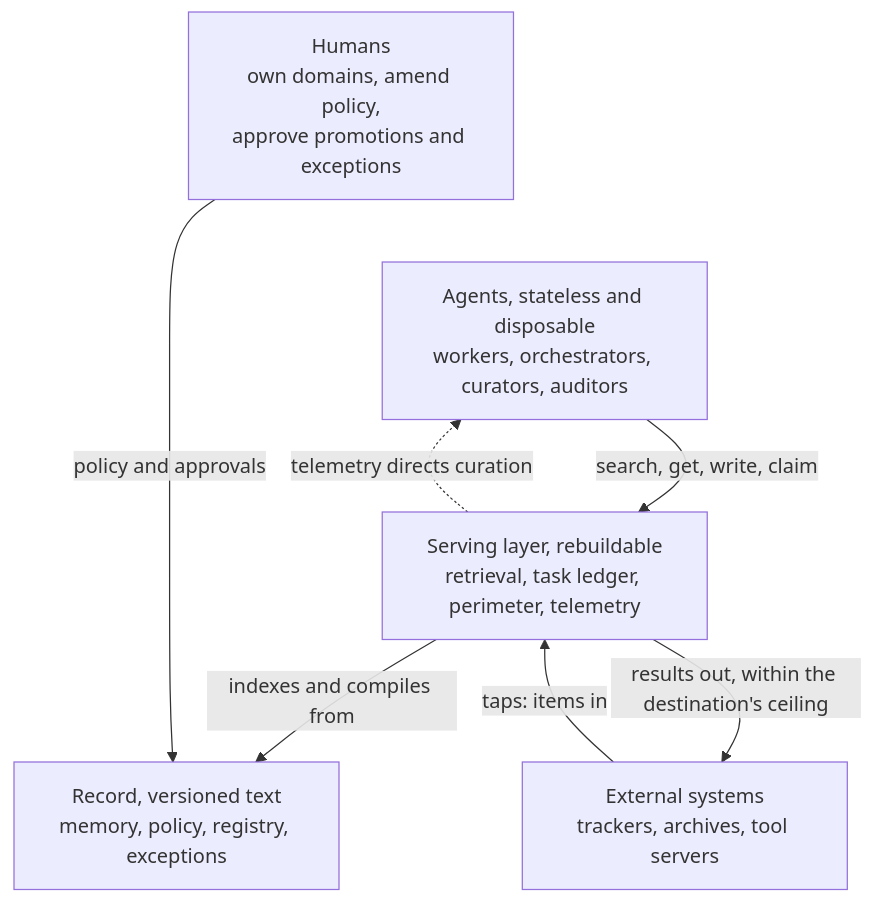
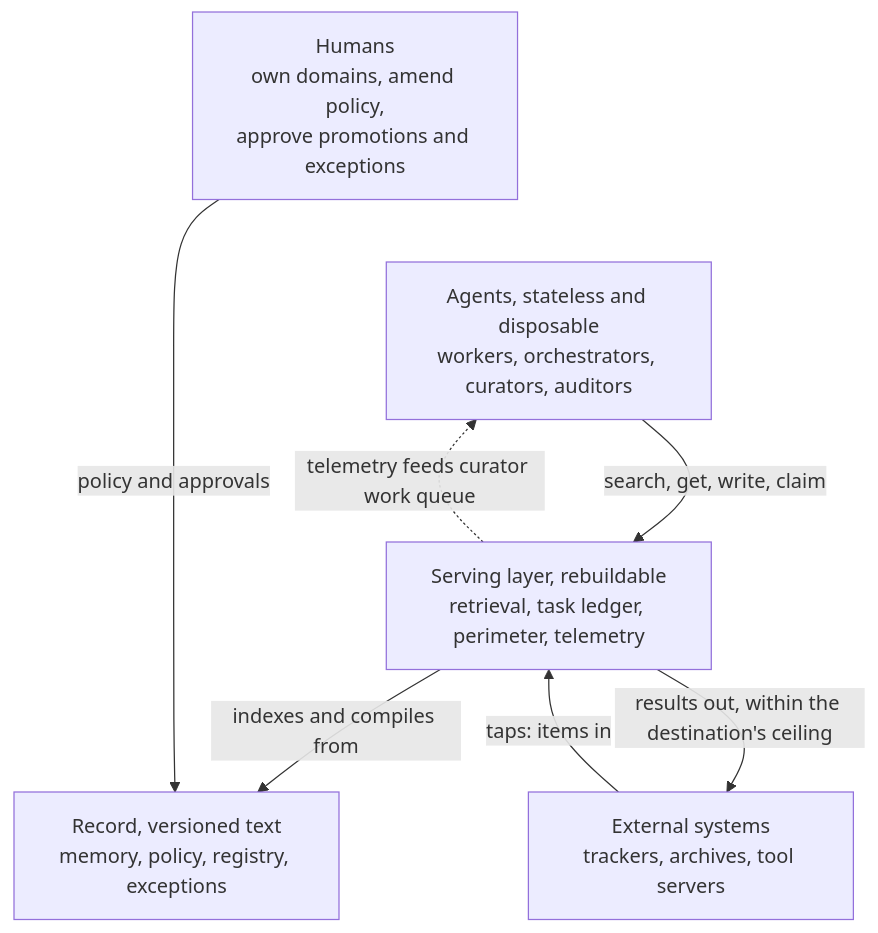
One commit to apache/tooling-memory changed the first of 7 diagrams in docs/durable-memory-for-disposable-agents.md. Above: the diagram before and after it, drawn with Mermaid. The commit also changed other lines of this file, not shown here.

````diff
--- a/docs/durable-memory-for-disposable-agents.md
+++ b/docs/durable-memory-for-disposable-agents.md
@@ -51,16 +51,16 @@
 ```mermaid
 flowchart TB
     HUM["Humans<br/>own domains, amend policy,<br/>approve promotions and exceptions"]
     AGT["Agents, stateless and disposable<br/>workers, orchestrators, curators, auditors"]
     SRV["Serving layer, rebuildable<br/>retrieval, task ledger, perimeter, telemetry"]
     REC["Record, versioned text<br/>memory, policy, registry, exceptions"]
     EXT["External systems<br/>trackers, archives, tool servers"]
 
     HUM ~~~ AGT
     AGT -->|"search, get, write, claim"| SRV
     SRV -->|"indexes and compiles from"| REC
     HUM -->|"policy and approvals"| REC
-    SRV -.->|"telemetry directs curation"| AGT
+    SRV -.->|"telemetry feeds curator work queue"| AGT
     EXT -->|"taps: items in"| SRV
     SRV -->|"results out, within the destination's ceiling"| EXT
 ```
````
